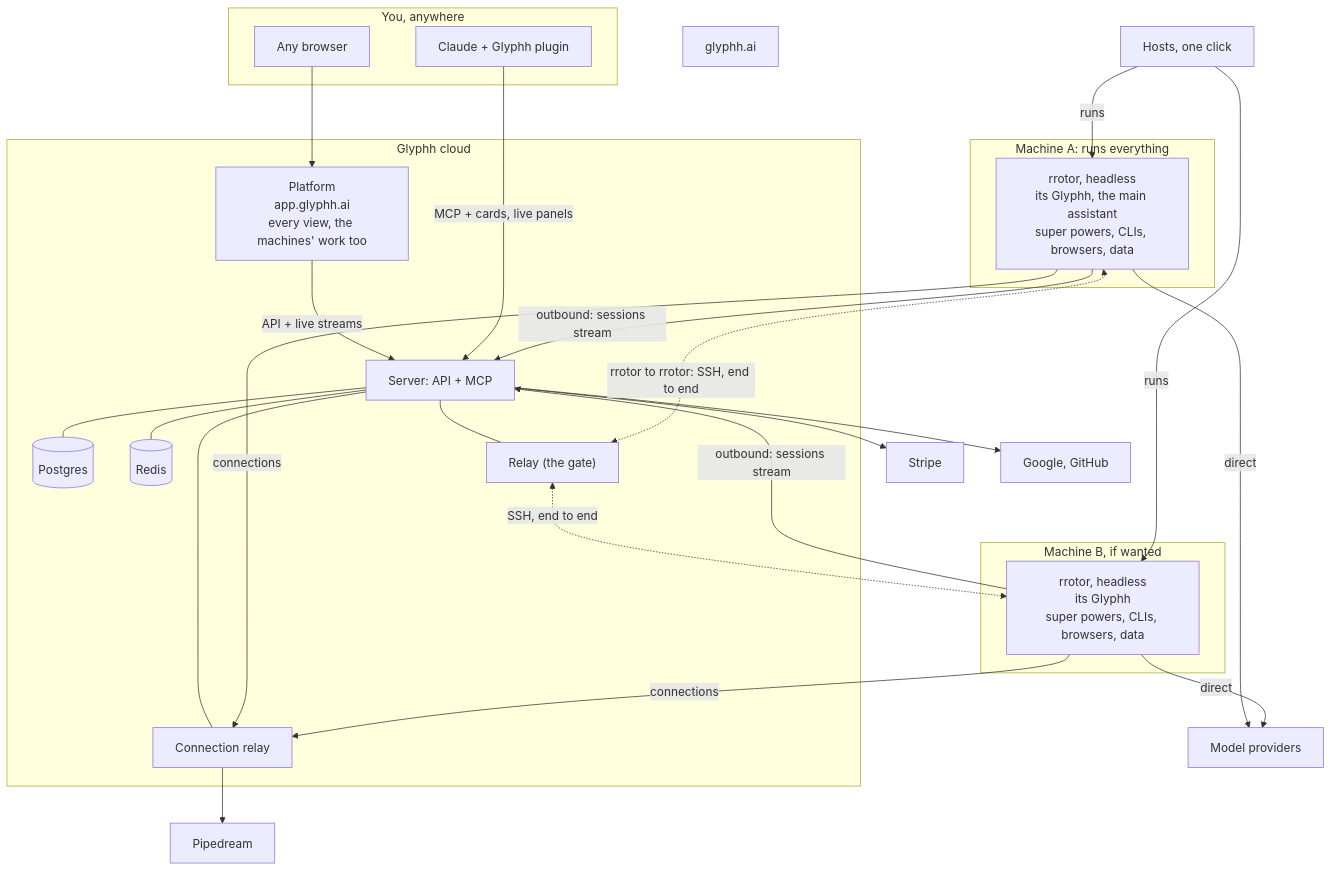
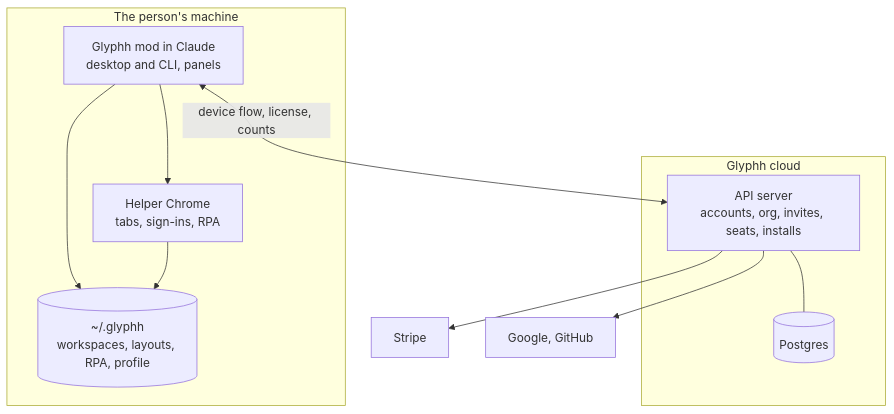
One commit to glyphh-ai/server changed the first of 2 diagrams in docs/architecture.md. Above: the diagram before and after it, drawn with Mermaid. The commit also changed other lines of this file and 5 other files, not shown here.

First line of the commit message:
Architecture: Glyphh as a Claude mod (Chris, 2026-10-13)

````diff
--- a/docs/architecture.md
+++ b/docs/architecture.md
@@ -7,52 +16,24 @@
 ```mermaid
 flowchart TB
-    subgraph You["You, anywhere"]
-        Claude["Claude + Glyphh plugin"]
-        Browser["Any browser"]
+    subgraph Machine["The person's machine"]
+        Mod["Glyphh mod in Claude<br/>desktop and CLI, panels"]
+        Chrome["Helper Chrome<br/>tabs, sign-ins, RPA"]
+        Local[("~/.glyphh<br/>workspaces, layouts, RPA, profile")]
+        Mod --> Chrome
+        Mod --> Local
+        Chrome --> Local
     end
 
     subgraph Cloud["Glyphh cloud"]
-        Platform["Platform<br/>app.glyphh.ai<br/>every view, the machines' work too"]
-        Server["Server: API + MCP"]
+        API["API server<br/>accounts, org, invites, seats, installs"]
         DB[("Postgres")]
-        Live[("Redis")]
-        Relay["Relay (the gate)"]
-        ConnRelay["Connection relay"]
-        Server --- DB
-        Server --- Live
-        Server --- Relay
-        Server --- ConnRelay
-        Platform -- "API + live streams" --> Server
+        API --- DB
     end
 
-    subgraph A["Machine A: runs everything"]
-        RA["rrotor, headless<br/>its Glyphh, the main assistant<br/>super powers, CLIs, browsers, data"]
-    end
-
-    subgraph B["Machine B, if wanted"]
-        RB["rrotor, headless<br/>its Glyphh<br/>super powers, CLIs, browsers, data"]
-    end
-
-    Providers["Model providers"]
-    Pipedream["Pipedream"]
-    Hosts["Hosts, one click"]
     Stripe["Stripe"]
     SignIn["Google, GitHub"]
-    Site["glyphh.ai"]
 
-    Claude -- "MCP + cards, live panels" --> Server
-    Browser --> Platform
-    RA <-. "rrotor to rrotor: SSH, end to end" .-> Relay
-    Relay <-. "SSH, end to end" .-> RB
-    RA -- "outbound: sessions stream" --> Server
-    RB -- "outbound: sessions stream" --> Server
-    RA -- "direct" --> Providers
-    RB -- "direct" --> Providers
-    RA -- "connections" --> ConnRelay
-    RB -- "connections" --> ConnRelay
-    ConnRelay --> Pipedream
-    Hosts -- "runs" --> RA
-    Hosts -- "runs" --> RB
-    Server --> SignIn
-    Server --> Stripe
+    Mod <-- "device flow, license, counts" --> API
+    API --> Stripe
+    API --> SignIn
 ```
````
